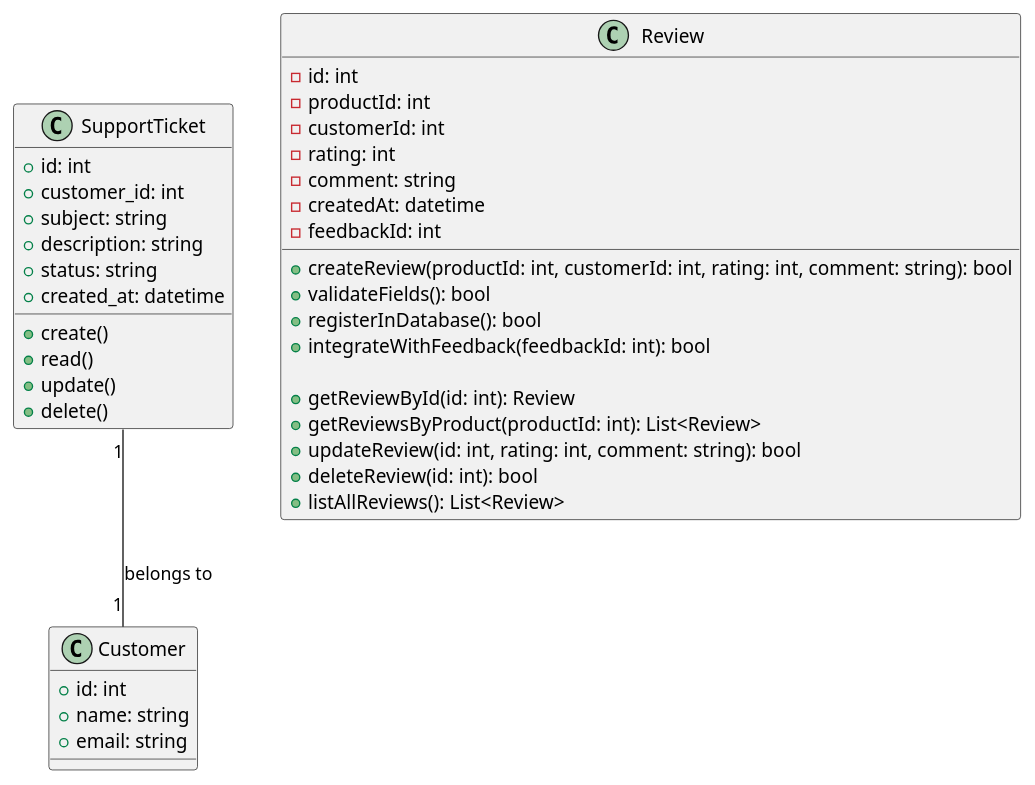
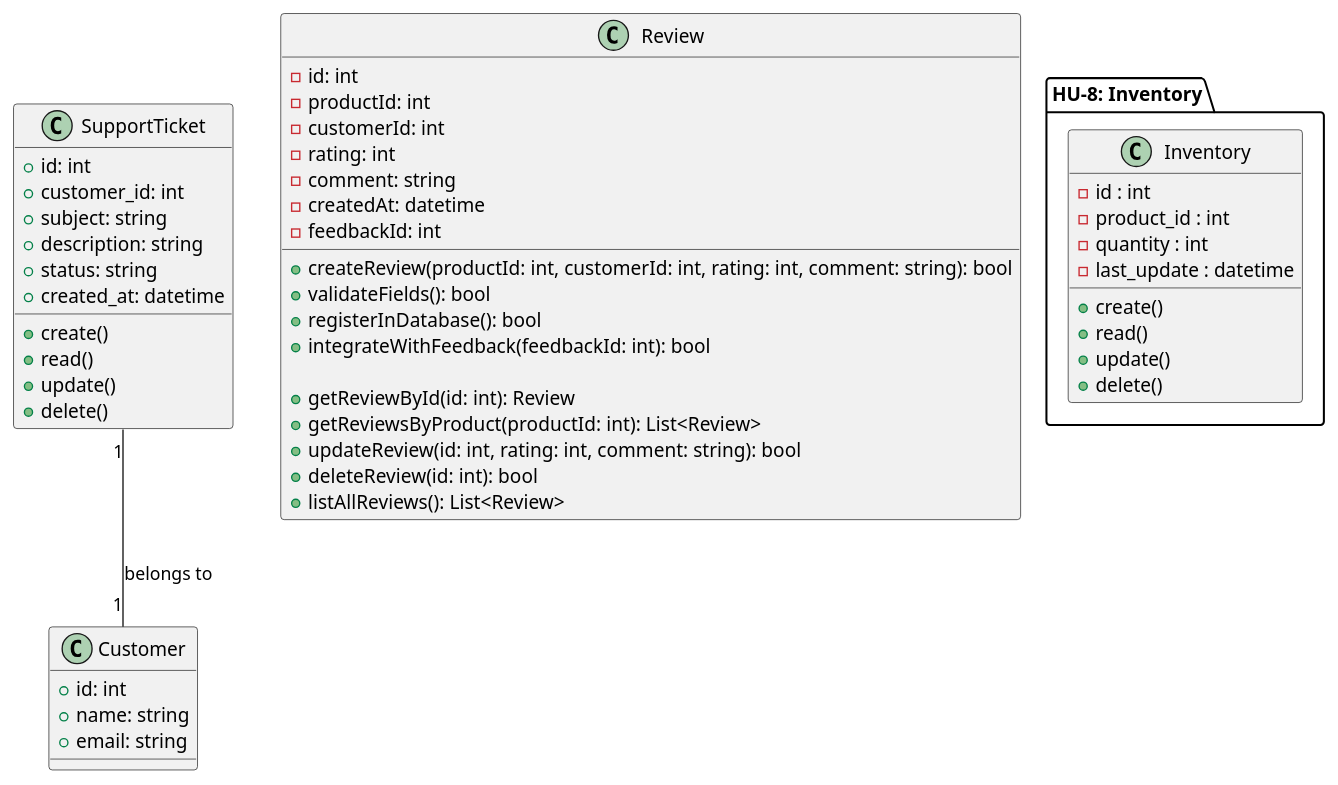
One commit to code-sena/laboratory-2899747 changed the diagram in document/architecture/class.wsd. Above: the diagram before and after it, drawn with PlantUML. The commit also changed 2 other files, not shown here.

Commit message:
feat(inventory): add database schema, class diagram and use case diagram

```diff
--- a/document/architecture/class.wsd
+++ b/document/architecture/class.wsd
@@ -1,45 +1,60 @@
 @startuml
 
 class SupportTicket {
   +id: int
   +customer_id: int
   +subject: string
   +description: string
   +status: string
   +created_at: datetime
 
   +create()
   +read()
   +update()
   +delete()
 }
 
 class Customer {
   +id: int
   +name: string
   +email: string
 }
 
 SupportTicket "1" -- "1" Customer : belongs to
     class Review {
     - id: int
     - productId: int
     - customerId: int
     - rating: int
     - comment: string
     - createdAt: datetime
     - feedbackId: int
 
     + createReview(productId: int, customerId: int, rating: int, comment: string): bool
     + validateFields(): bool
     + registerInDatabase(): bool
     + integrateWithFeedback(feedbackId: int): bool
 
     + getReviewById(id: int): Review
     + getReviewsByProduct(productId: int): List<Review>
     + updateReview(id: int, rating: int, comment: string): bool
     + deleteReview(id: int): bool
     + listAllReviews(): List<Review>
     }
 
+    package "HU-8: Inventory" {
+
+  class Inventory {
+        - id : int
+        - product_id : int
+        - quantity : int
+        - last_update : datetime
+        + create()
+        + read()
+        + update()
+        + delete()
+  }
+
+}
+
 @enduml
```
